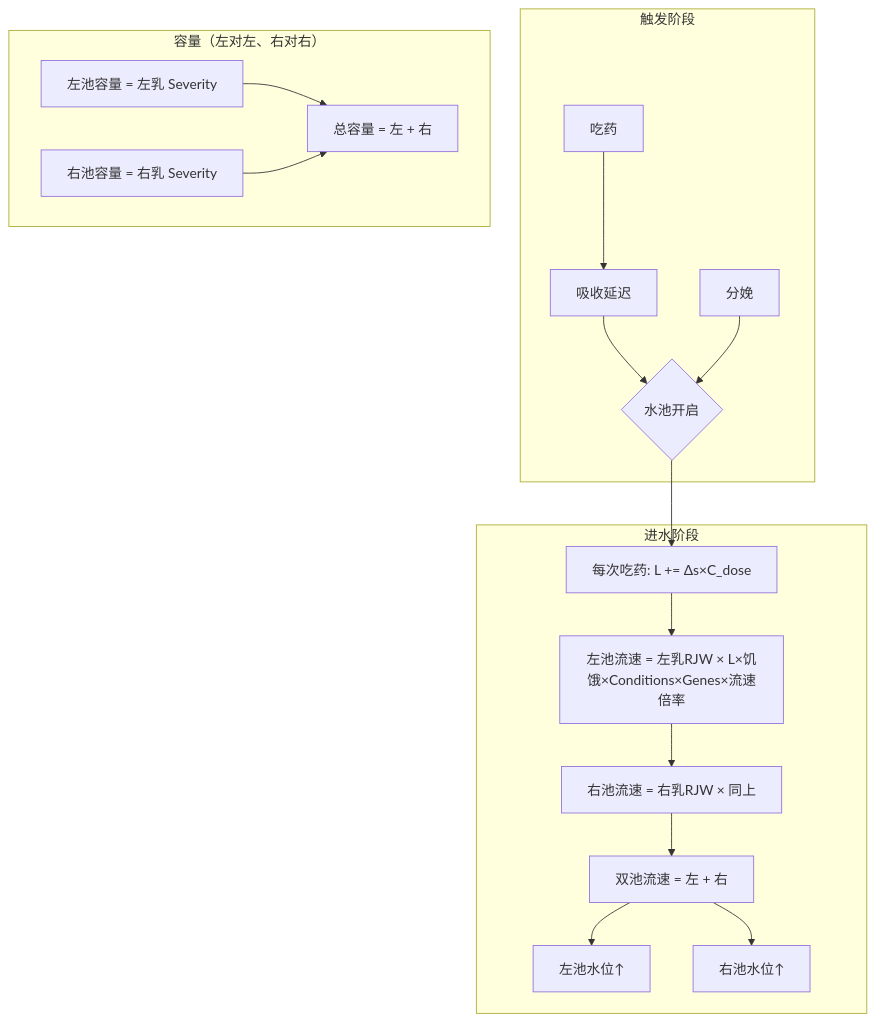
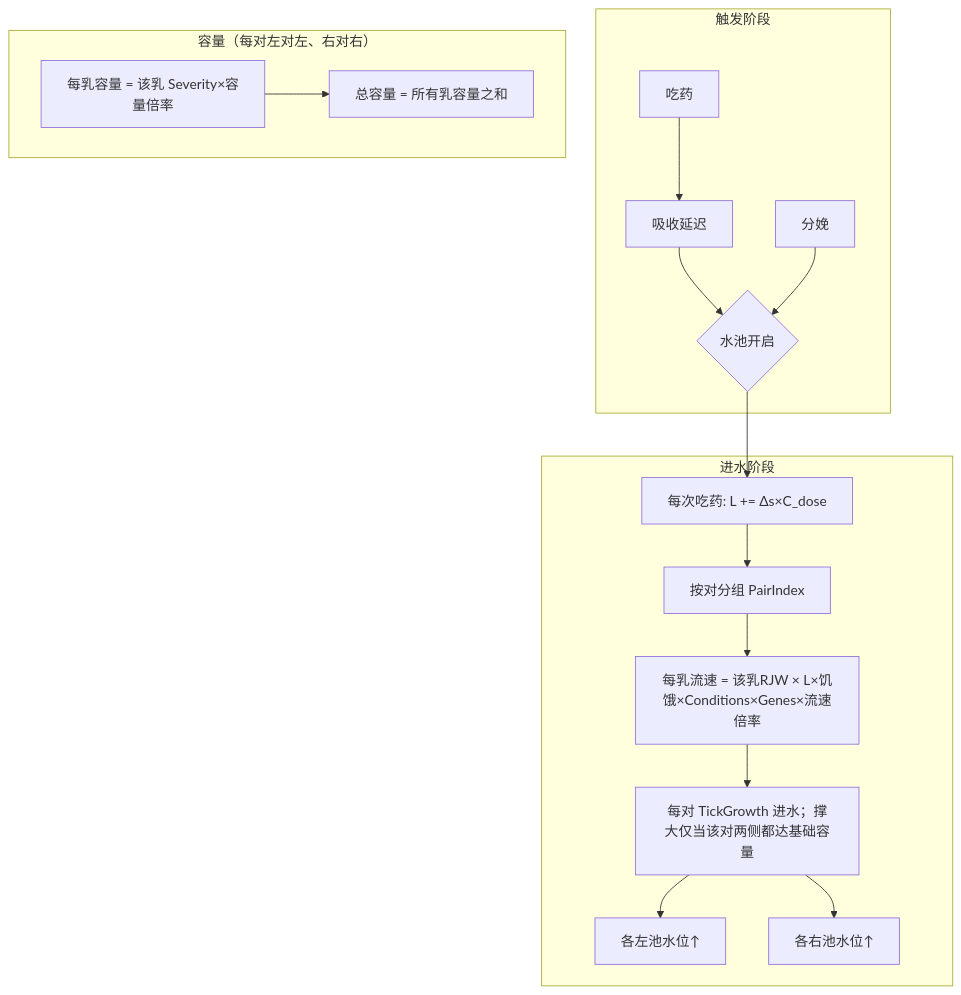
Before and after one commit to q847633684/rjw-cummilk: the second of 6 diagrams in Docs/泌乳系统逻辑图.md, drawn with Mermaid. The commit also changed other lines of this file and 40 other files, not shown here.

````diff
--- a/Docs/泌乳系统逻辑图.md
+++ b/Docs/泌乳系统逻辑图.md
@@ -43,25 +43,23 @@
 ```mermaid
 flowchart TB
     subgraph 触发["触发阶段"]
         A[吃药] --> B[吸收延迟]
         B --> C{水池开启}
         D[分娩] --> C
     end
 
     subgraph 进水["进水阶段"]
         C --> E[每次吃药: L += Δs×C_dose]
-        E --> F[左池流速 = 左乳RJW × L×饥饿×Conditions×Genes×流速倍率]
-        F --> G[右池流速 = 右乳RJW × 同上]
-        G --> H[双池流速 = 左 + 右]
-        H --> L[左池水位↑]
-        H --> R[右池水位↑]
+        E --> F[按对分组 PairIndex]
+        F --> G[每乳流速 = 该乳RJW × L×饥饿×Conditions×Genes×流速倍率]
+        G --> H[每对 TickGrowth 进水；撑大仅当该对两侧都达基础容量]
+        H --> L[各左池水位↑]
+        H --> R[各右池水位↑]
     end
 
-    subgraph 容量["容量（左对左、右对右）"]
-        I[左池容量 = 左乳 Severity]
-        J[右池容量 = 右乳 Severity]
-        K[总容量 = 左 + 右]
-        I --> K
-        J --> K
+    subgraph 容量["容量（每对左对左、右对右）"]
+        I[每乳容量 = 该乳 Severity×容量倍率]
+        J[总容量 = 所有乳容量之和]
+        I --> J
     end
 ```
````
